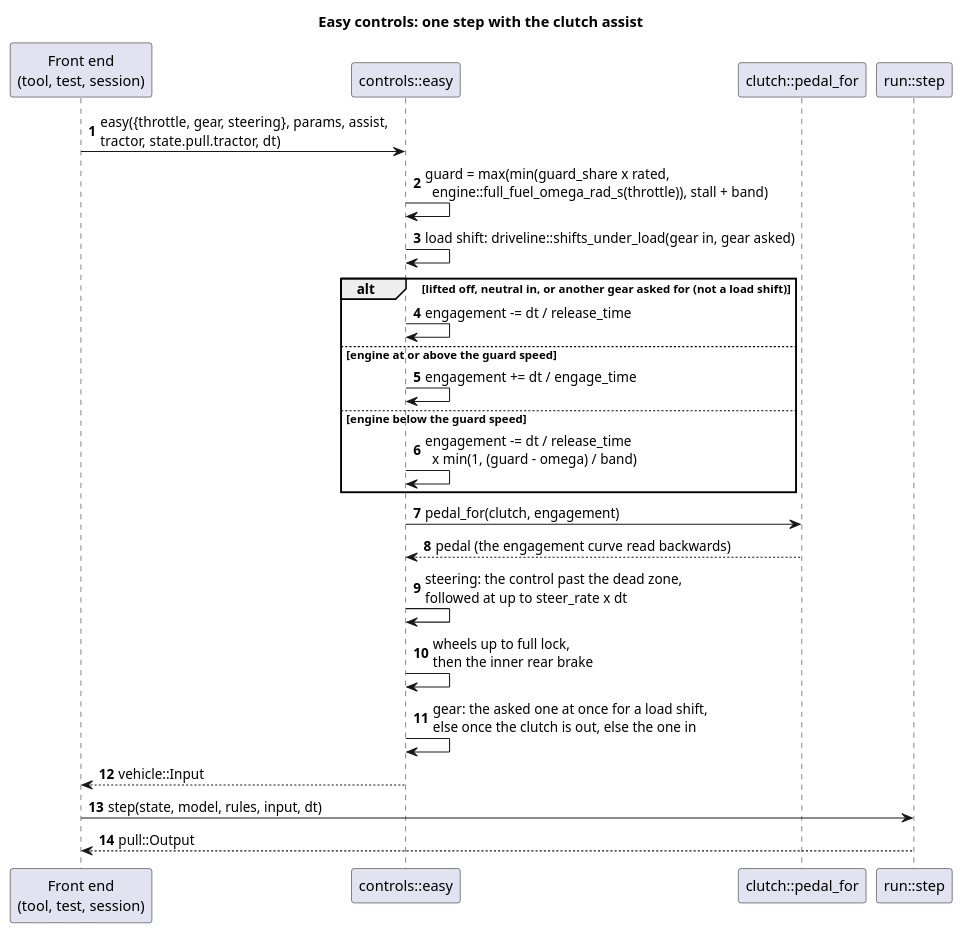
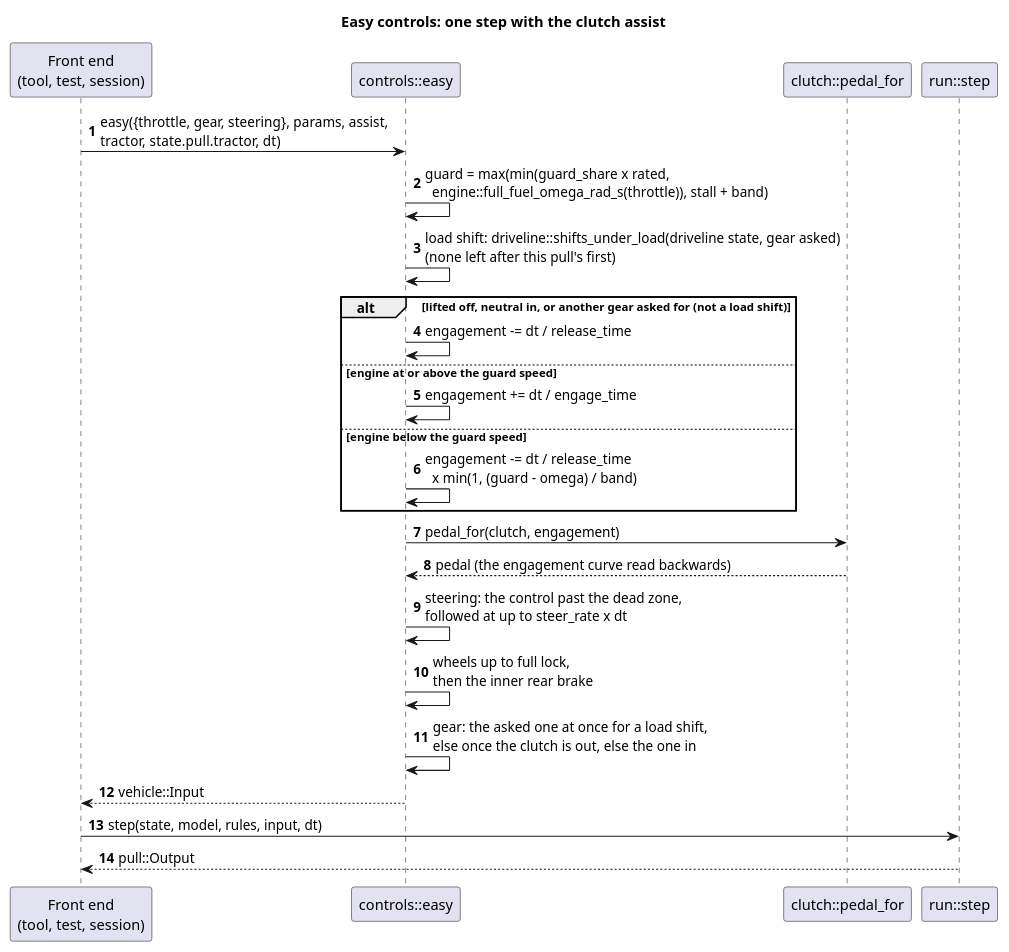
One commit to wversteeg/TractorPulling changed the diagram in docs/diagrams/easy_controls_sequence.puml. Above: the diagram before and after it, drawn with PlantUML. The commit also changed 42 other files, not shown here.

First line of the commit message:
Motion sensors on, one load shift a pull, rivals shift down

```diff
--- a/docs/diagrams/easy_controls_sequence.puml
+++ b/docs/diagrams/easy_controls_sequence.puml
@@ -1,27 +1,27 @@
 @startuml easy_controls_sequence
 title Easy controls: one step with the clutch assist
 autonumber
 participant "Front end\n(tool, test, session)" as Frontend
 participant "controls::easy" as Easy
 participant "clutch::pedal_for" as PedalFor
 participant "run::step" as Run
 
 Frontend -> Easy : easy({throttle, gear, steering}, params, assist,\ntractor, state.pull.tractor, dt)
 Easy -> Easy : guard = max(min(guard_share x rated,\n  engine::full_fuel_omega_rad_s(throttle)), stall + band)
-Easy -> Easy : load shift: driveline::shifts_under_load(gear in, gear asked)
+Easy -> Easy : load shift: driveline::shifts_under_load(driveline state, gear asked)\n(none left after this pull's first)
 alt lifted off, neutral in, or another gear asked for (not a load shift)
   Easy -> Easy : engagement -= dt / release_time
 else engine at or above the guard speed
   Easy -> Easy : engagement += dt / engage_time
 else engine below the guard speed
   Easy -> Easy : engagement -= dt / release_time\n  x min(1, (guard - omega) / band)
 end
 Easy -> PedalFor : pedal_for(clutch, engagement)
 PedalFor --> Easy : pedal (the engagement curve read backwards)
 Easy -> Easy : steering: the control past the dead zone,\nfollowed at up to steer_rate x dt
 Easy -> Easy : wheels up to full lock,\nthen the inner rear brake
 Easy -> Easy : gear: the asked one at once for a load shift,\nelse once the clutch is out, else the one in
 Easy --> Frontend : vehicle::Input
 Frontend -> Run : step(state, model, rules, input, dt)
 Run --> Frontend : pull::Output
 @enduml
```
